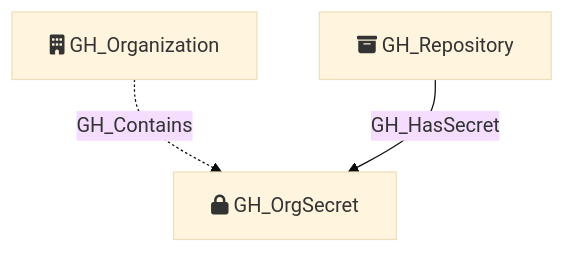
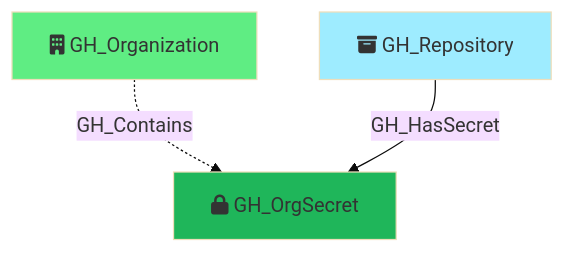
One commit to SpecterOps/bloodhound-docs changed the diagram in docs/opengraph/extensions/githound/reference/nodes/gh_orgsecret.mdx. Above: the diagram before and after it, drawn with Mermaid (base theme). The commit also changed other lines of this file and 52 other files, not shown here.

````diff
--- a/docs/opengraph/extensions/githound/reference/nodes/gh_orgsecret.mdx
+++ b/docs/opengraph/extensions/githound/reference/nodes/gh_orgsecret.mdx
@@ -45,10 +58,13 @@
 ```mermaid
 flowchart TD
     GH_OrgSecret[fa:fa-lock GH_OrgSecret]
     GH_Organization[fa:fa-building GH_Organization]
     GH_Repository[fa:fa-box-archive GH_Repository]
 
+    style GH_OrgSecret fill:#1FB65A
+    style GH_Organization fill:#5FED83
+    style GH_Repository fill:#9EECFF
 
     GH_Organization -.->|GH_Contains| GH_OrgSecret
     GH_Repository -->|GH_HasSecret| GH_OrgSecret
 ```
````
